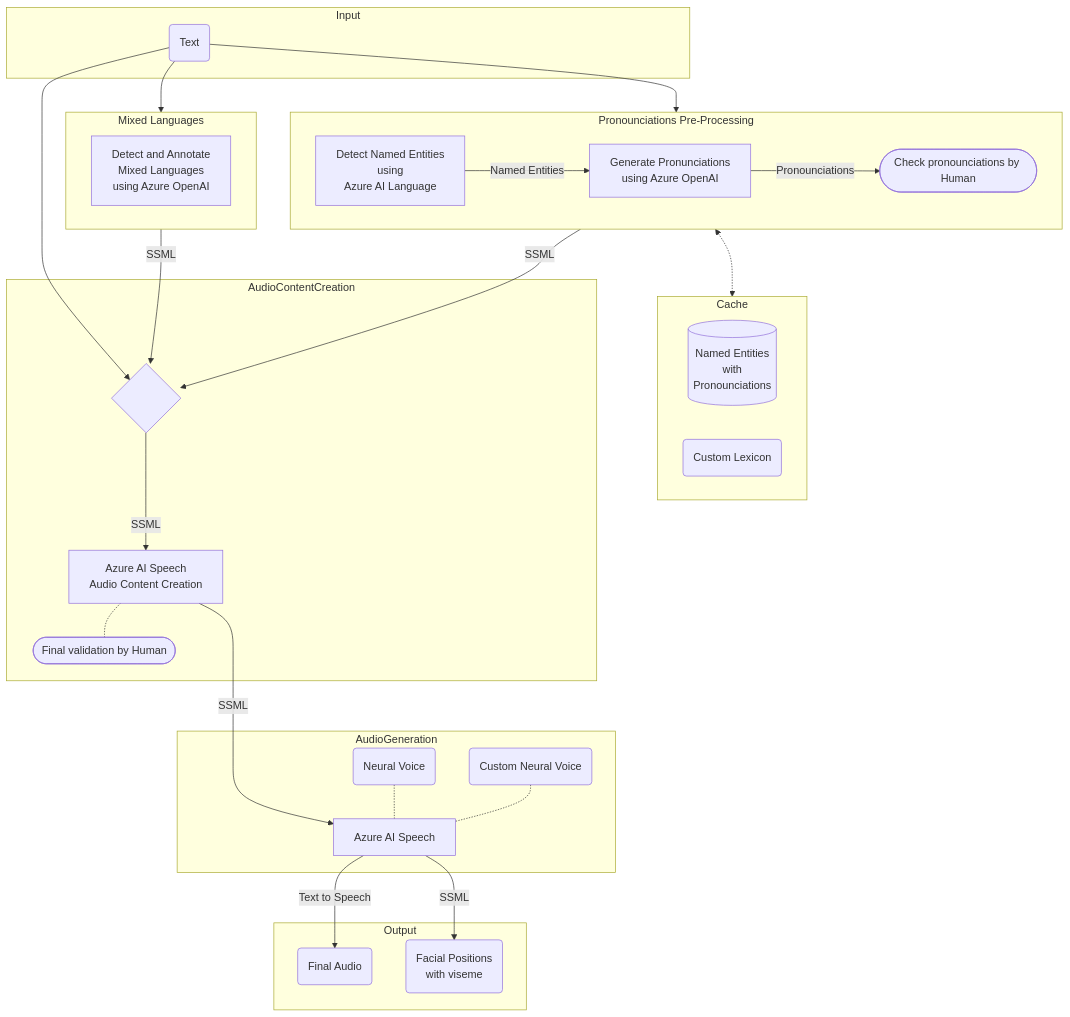
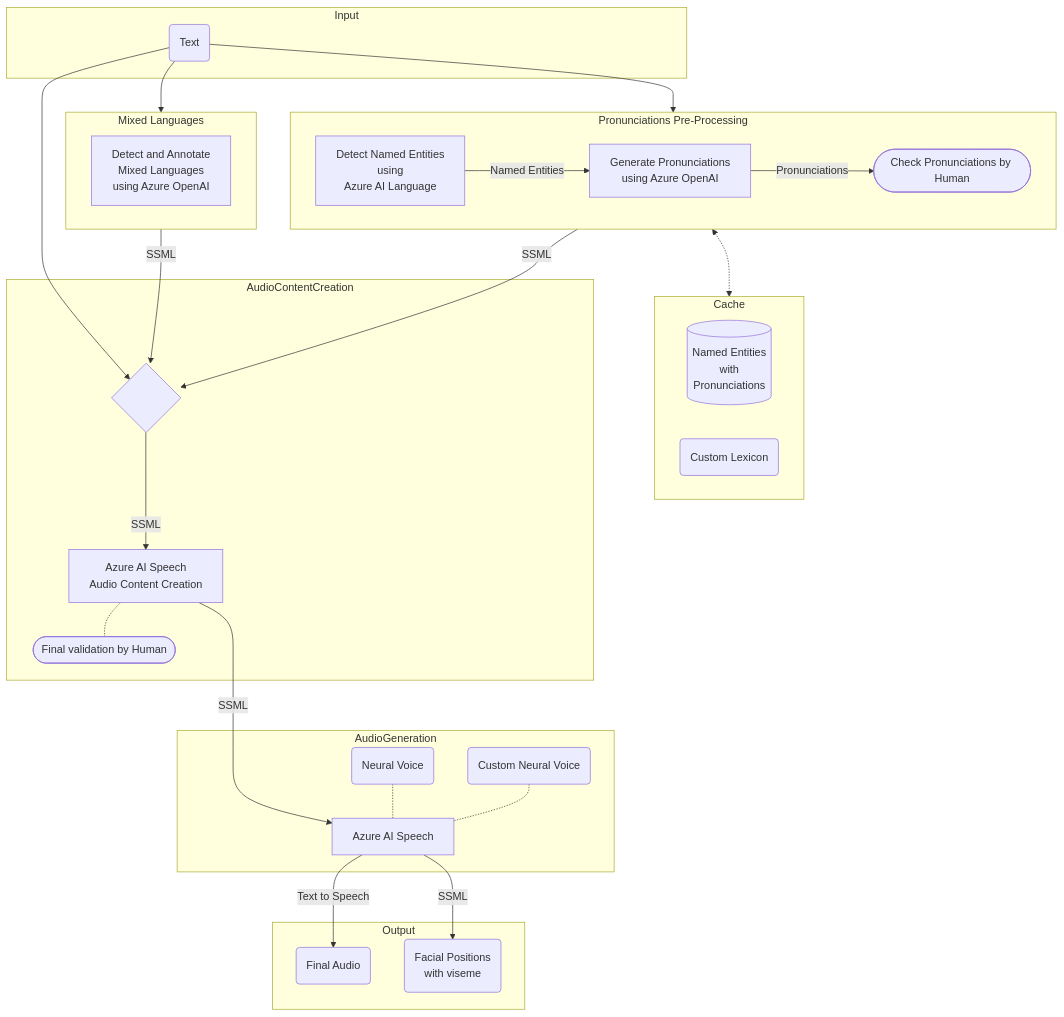
One commit to nathan-gs/nathan-gs.github.com changed the diagram in _posts/2024-02-05-azure-ai-speech-tts-improving-pronunciations-with-ai.md. Above: the diagram before and after it, drawn with Mermaid. The commit also changed other lines of this file, not shown here.

Commit message:
post update

````diff
--- a/_posts/2024-02-05-azure-ai-speech-tts-improving-pronunciations-with-ai.md
+++ b/_posts/2024-02-05-azure-ai-speech-tts-improving-pronunciations-with-ai.md
@@ -25,51 +25,51 @@
 ```mermaid
 graph TD
 
     subgraph Input
         txtFile(Text)
     end
 
-    txtFile -->Pronounciation
+    txtFile -->Pronunciation
     txtFile -->MixedLanguage
 
-    Pronounciation <-.-> Cache
+    Pronunciation <-.-> Cache
 
     subgraph Cache
-        Database[(Named Entities <br> with <br> Pronounciations)]
+        Database[(Named Entities <br> with <br> Pronunciations)]
         Lexicon(Custom Lexicon)
     end
 
-    subgraph Pronounciation[Pronounciations Pre-Processing]
+    subgraph Pronunciation[Pronunciations Pre-Processing]
         AzureAILanguage[Detect Named Entities<br>using<br> Azure AI Language]
         AzureAILanguage -->|Named Entities| AzureOpenAIP[Generate Pronunciations<br>using Azure OpenAI]
         
-        AzureOpenAIP -->|Pronounciations| HumanProunounciationCheck([Check pronounciations by Human])
+        AzureOpenAIP -->|Pronunciations| HumanProunounciationCheck([Check Pronunciations by Human])
     end
 
     subgraph MixedLanguage[Mixed Languages]
         AzureOpenAI[Detect and Annotate<br> Mixed Languages<br>using Azure OpenAI]
     end
 
     txtFile --> ssmlCombiner
     
     MixedLanguage -->|SSML| ssmlCombiner
-    Pronounciation -->|SSML| ssmlCombiner
+    Pronunciation -->|SSML| ssmlCombiner
 
 
     subgraph AudioContentCreation   
         ssmlCombiner{ <br><br><br> } -->|SSML| AudioContentCreator[Azure AI Speech<br> Audio Content Creation] 
         AudioContentCreator -.- HumanFinalValidation([Final validation by Human])
     end
 
     subgraph AudioGeneration
         AudioContentCreator ---->|SSML| AzureAISpeech[Azure AI Speech]        
         NeuralVoice(Neural Voice) -.- AzureAISpeech
         CustomNeuralVoice(Custom Neural Voice) -.- AzureAISpeech
     end
 
     subgraph Outp[Output]
         AzureAISpeech -->|Text to Speech| FinalAudio(Final Audio)
         AzureAISpeech -->|SSML| Viseme(Facial Positions<br> with viseme)
     end
 
 ```
````
